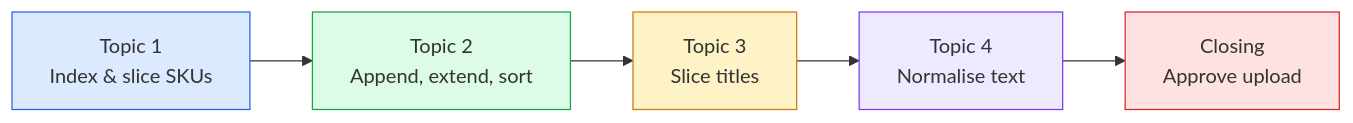
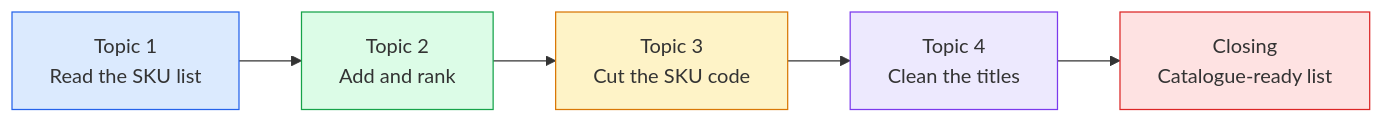
Before and after one commit to ayaznoori/Ayaz_Curriculum: the diagram in IITP-AIDA-EN-III-2610/module-01-data-sql-foundations/lecture-05-lists-and-string-handling/lecture-script.md, drawn with Mermaid. The commit also changed other lines of this file and 16 other files, not shown here.

First line of the commit message:
Add lecture data and chart images for sessions 05 and 06.

````diff
--- a/IITP-AIDA-EN-III-2610/module-01-data-sql-foundations/lecture-05-lists-and-string-handling/lecture-script.md
+++ b/IITP-AIDA-EN-III-2610/module-01-data-sql-foundations/lecture-05-lists-and-string-handling/lecture-script.md
@@ -60,12 +57,12 @@
 ```mermaid
 flowchart LR
-    A["Topic 1<br>Index & slice SKUs"] --> B["Topic 2<br>Append, extend, sort"]
-    B --> C["Topic 3<br>Slice titles"]
-    C --> D["Topic 4<br>Normalise text"]
-    D --> E["Closing<br>Approve upload"]
+    A["Topic 1<br>Read the SKU list"] --> B["Topic 2<br>Add and rank"]
+    B --> C["Topic 3<br>Cut the SKU code"]
+    C --> D["Topic 4<br>Clean the titles"]
+    D --> E["Closing<br>Catalogue-ready list"]
     style A fill:#dbeafe,stroke:#2563eb
     style B fill:#dcfce7,stroke:#16a34a
     style C fill:#fef3c7,stroke:#d97706
     style D fill:#ede9fe,stroke:#7c3aed
     style E fill:#fee2e2,stroke:#dc2626
 ```
````
